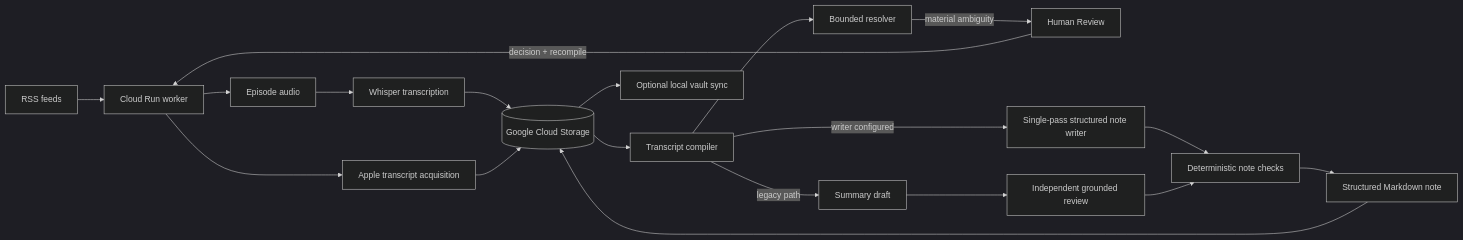
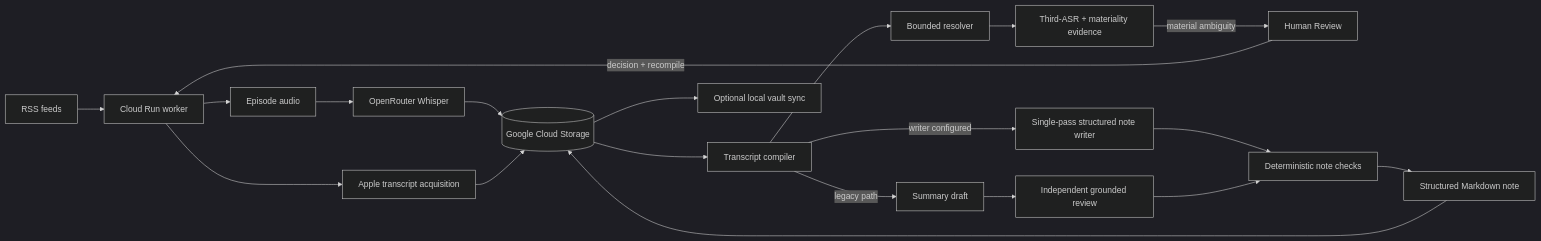
One commit to wintersyntax/podcast-automation changed the diagram in docs/ARCHITECTURE.md. Above: the diagram before and after it, drawn with Mermaid (dark theme). The commit also changed other lines of this file and 6 other files, not shown here.

````diff
--- a/docs/ARCHITECTURE.md
+++ b/docs/ARCHITECTURE.md
@@ -5,21 +5,22 @@
 ```mermaid
 flowchart LR
     RSS[RSS feeds] --> Worker[Cloud Run worker]
     Worker --> Audio[Episode audio]
-    Audio --> Whisper[Whisper transcription]
+    Audio --> Whisper[OpenRouter Whisper]
     Worker --> Apple[Apple transcript acquisition]
     Whisper --> GCS[(Google Cloud Storage)]
     Apple --> GCS
     GCS --> Compiler[Transcript compiler]
     Compiler --> Resolver[Bounded resolver]
-    Resolver -->|material ambiguity| Review[Human Review]
+    Resolver --> Evidence[Third-ASR + materiality evidence]
+    Evidence -->|material ambiguity| Review[Human Review]
     Review -->|decision + recompile| Worker
     Compiler -->|writer configured| Writer[Single-pass structured note writer]
     Writer --> Checks[Deterministic note checks]
     Compiler -->|legacy path| Summary[Summary draft]
     Summary --> IndependentReview[Independent grounded review]
     IndependentReview --> Checks
     Checks --> Note[Structured Markdown note]
     Note --> GCS
     GCS --> Sync[Optional local vault sync]
 ```
````
